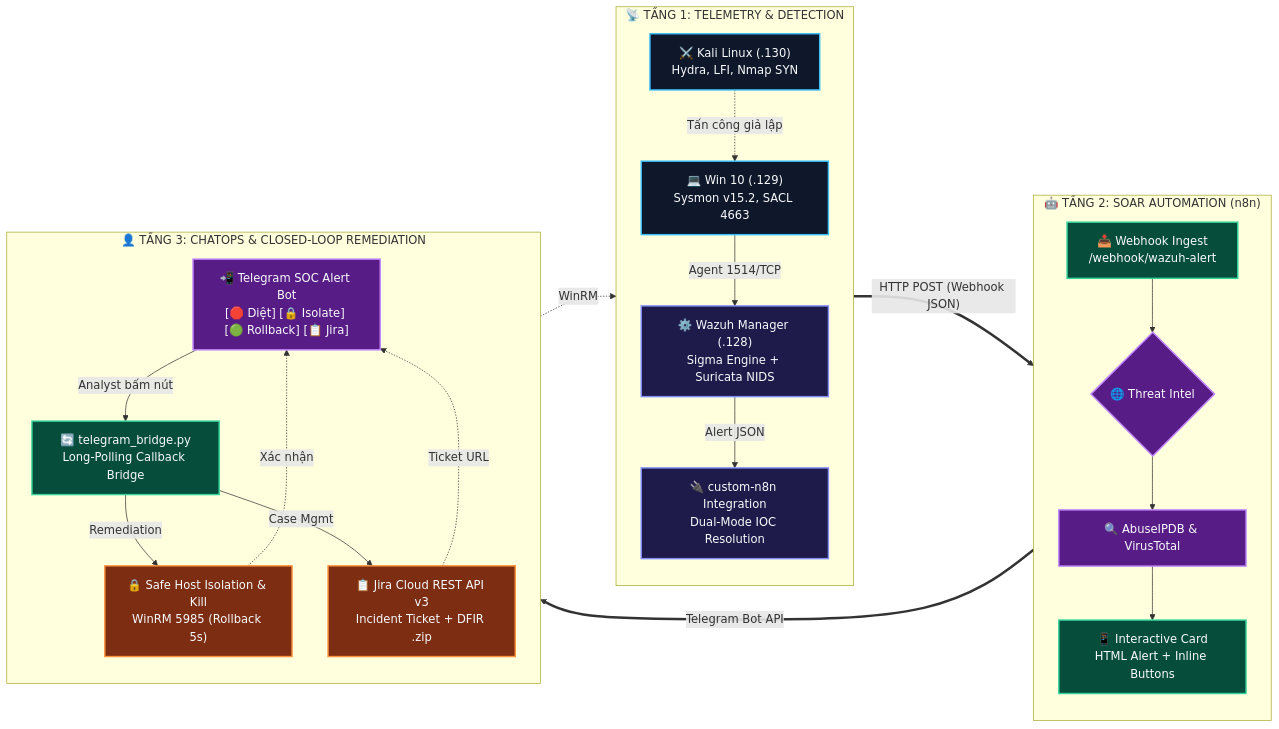
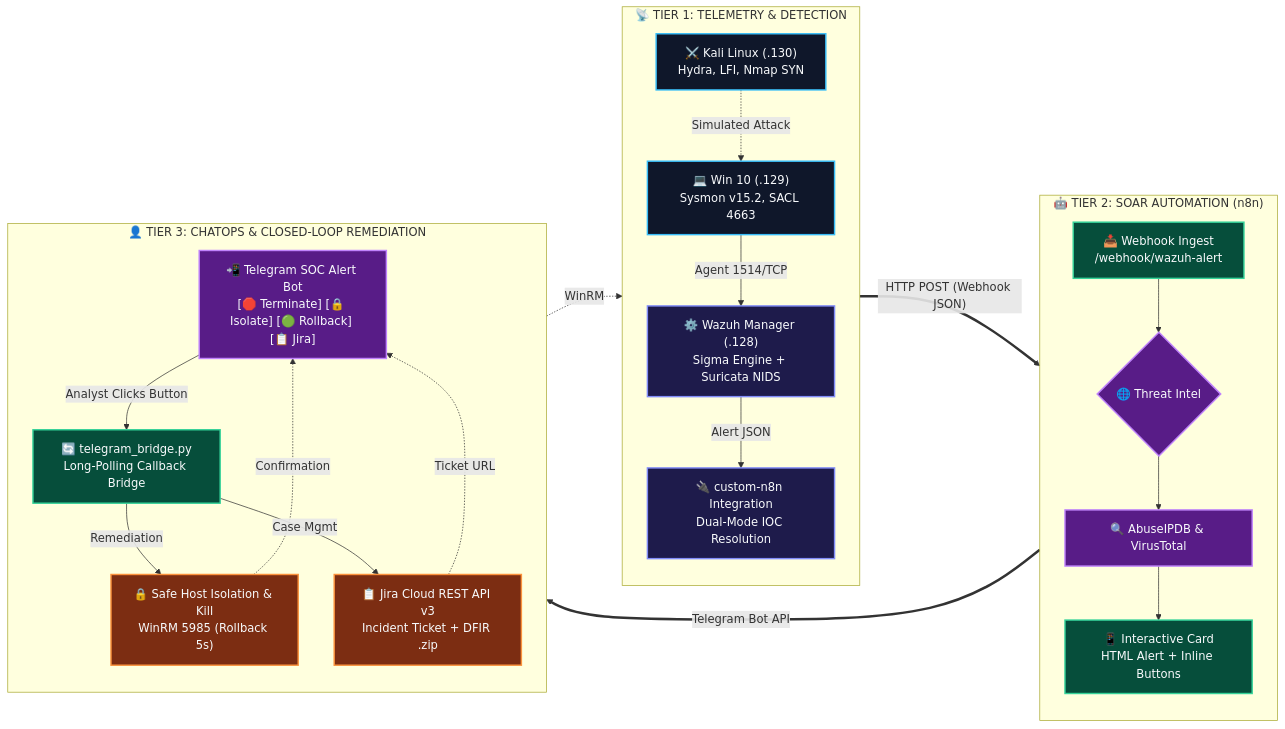
The diagram in README.md (tofan0810/Wazuh-SOC-lab), drawn with Mermaid before and after one commit. The commit also changed other lines of this file and 55 other files, not shown here.

````diff
--- a/README.md
+++ b/README.md
@@ -93,49 +93,49 @@
 ```mermaid
 flowchart LR
     classDef endpoint fill:#0f172a,stroke:#38bdf8,stroke-width:2px,color:#f8fafc;
     classDef siem fill:#1e1b4b,stroke:#818cf8,stroke-width:2px,color:#f8fafc;
     classDef soar fill:#064e3b,stroke:#34d399,stroke-width:2px,color:#f8fafc;
     classDef cloud fill:#581c87,stroke:#c084fc,stroke-width:2px,color:#f8fafc;
     classDef action fill:#7c2d12,stroke:#fb923c,stroke-width:2px,color:#f8fafc;
 
-    subgraph T1 ["📡 TẦNG 1: TELEMETRY & DETECTION"]
+    subgraph T1 ["📡 TIER 1: TELEMETRY & DETECTION"]
         direction TB
         KALI["⚔️ Kali Linux (.130)<br/>Hydra, LFI, Nmap SYN"]:::endpoint
         WIN["💻 Win 10 (.129)<br/>Sysmon v15.2, SACL 4663"]:::endpoint
         MGR["⚙️ Wazuh Manager (.128)<br/>Sigma Engine + Suricata NIDS"]:::siem
         INTEG["🔌 custom-n8n Integration<br/>Dual-Mode IOC Resolution"]:::siem
 
-        KALI -.->|"Tấn công giả lập"| WIN
+        KALI -.->|"Simulated Attack"| WIN
         WIN -->|"Agent 1514/TCP"| MGR
         MGR -->|"Alert JSON"| INTEG
     end
 
-    subgraph T2 ["🤖 TẦNG 2: SOAR AUTOMATION (n8n)"]
+    subgraph T2 ["🤖 TIER 2: SOAR AUTOMATION (n8n)"]
         direction TB
         WF1["📥 Webhook Ingest<br/>/webhook/wazuh-alert"]:::soar
         TI{"🌐 Threat Intel"}:::cloud
         ABUSE["🔍 AbuseIPDB & VirusTotal"]:::cloud
         CARD["📱 Interactive Card<br/>HTML Alert + Inline Buttons"]:::soar
 
         WF1 --> TI --> ABUSE --> CARD
     end
 
-    subgraph T3 ["👤 TẦNG 3: CHATOPS & CLOSED-LOOP REMEDIATION"]
+    subgraph T3 ["👤 TIER 3: CHATOPS & CLOSED-LOOP REMEDIATION"]
         direction TB
-        TG_ALERT["📲 Telegram SOC Alert Bot<br/>[🛑 Diệt] [🔒 Isolate] [🟢 Rollback] [📋 Jira]"]:::cloud
+        TG_ALERT["📲 Telegram SOC Alert Bot<br/>[🛑 Terminate] [🔒 Isolate] [🟢 Rollback] [📋 Jira]"]:::cloud
         BRIDGE["🔄 telegram_bridge.py<br/>Long-Polling Callback Bridge"]:::soar
         
         ACT_BLOCK["🔒 Safe Host Isolation & Kill<br/>WinRM 5985 (Rollback 5s)"]:::action
         ACT_JIRA["📋 Jira Cloud REST API v3<br/>Incident Ticket + DFIR .zip"]:::action
 
-        TG_ALERT -->|"Analyst bấm nút"| BRIDGE
+        TG_ALERT -->|"Analyst Clicks Button"| BRIDGE
         BRIDGE -->|"Remediation"| ACT_BLOCK
         BRIDGE -->|"Case Mgmt"| ACT_JIRA
-        ACT_BLOCK -.->|"Xác nhận"| TG_ALERT
+        ACT_BLOCK -.->|"Confirmation"| TG_ALERT
         ACT_JIRA -.->|"Ticket URL"| TG_ALERT
     end
 
     INTEG ==>|"HTTP POST (Webhook JSON)"| WF1
     CARD ==>|"Telegram Bot API"| TG_ALERT
     ACT_BLOCK -.->|"WinRM"| WIN
 ```
````
